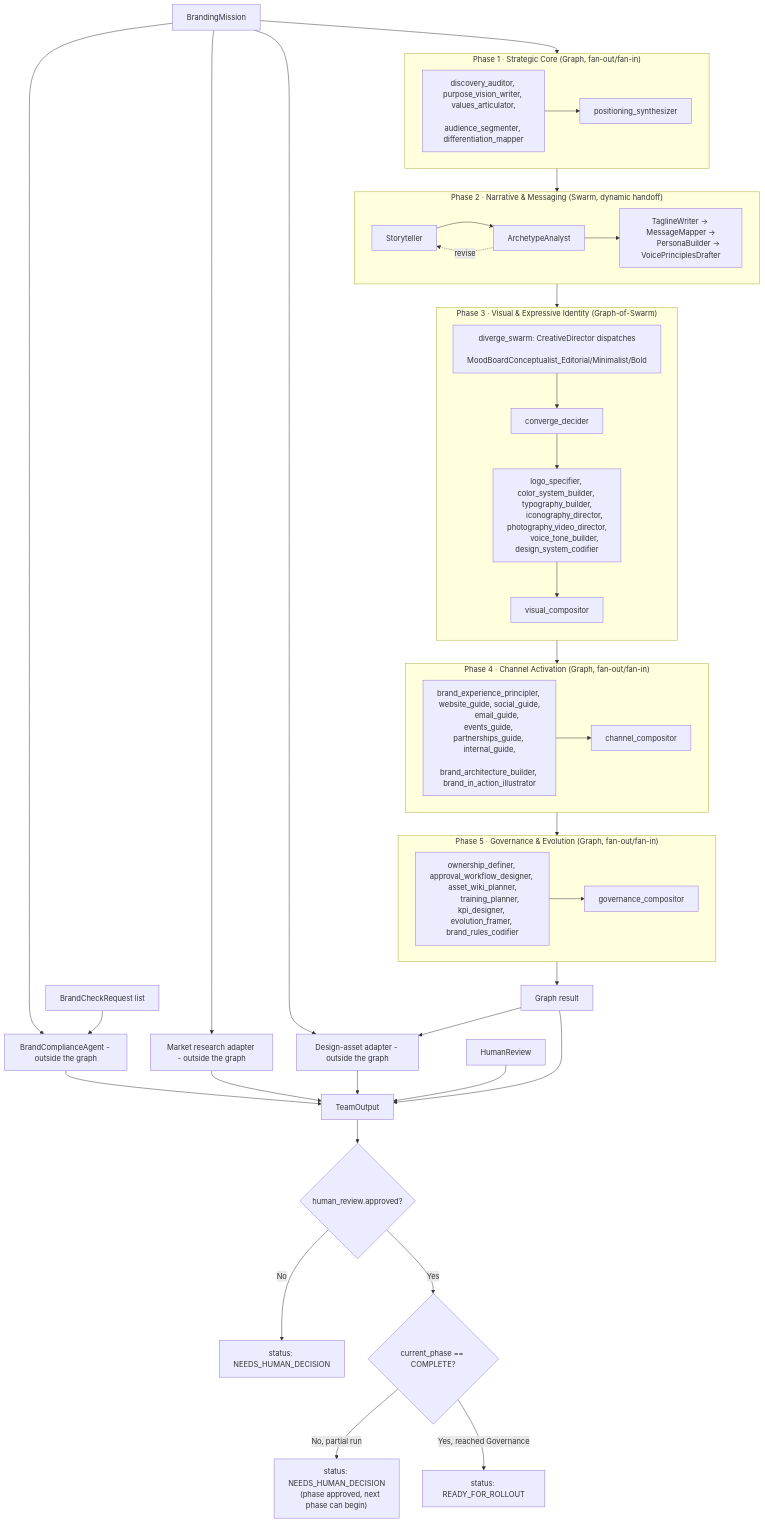
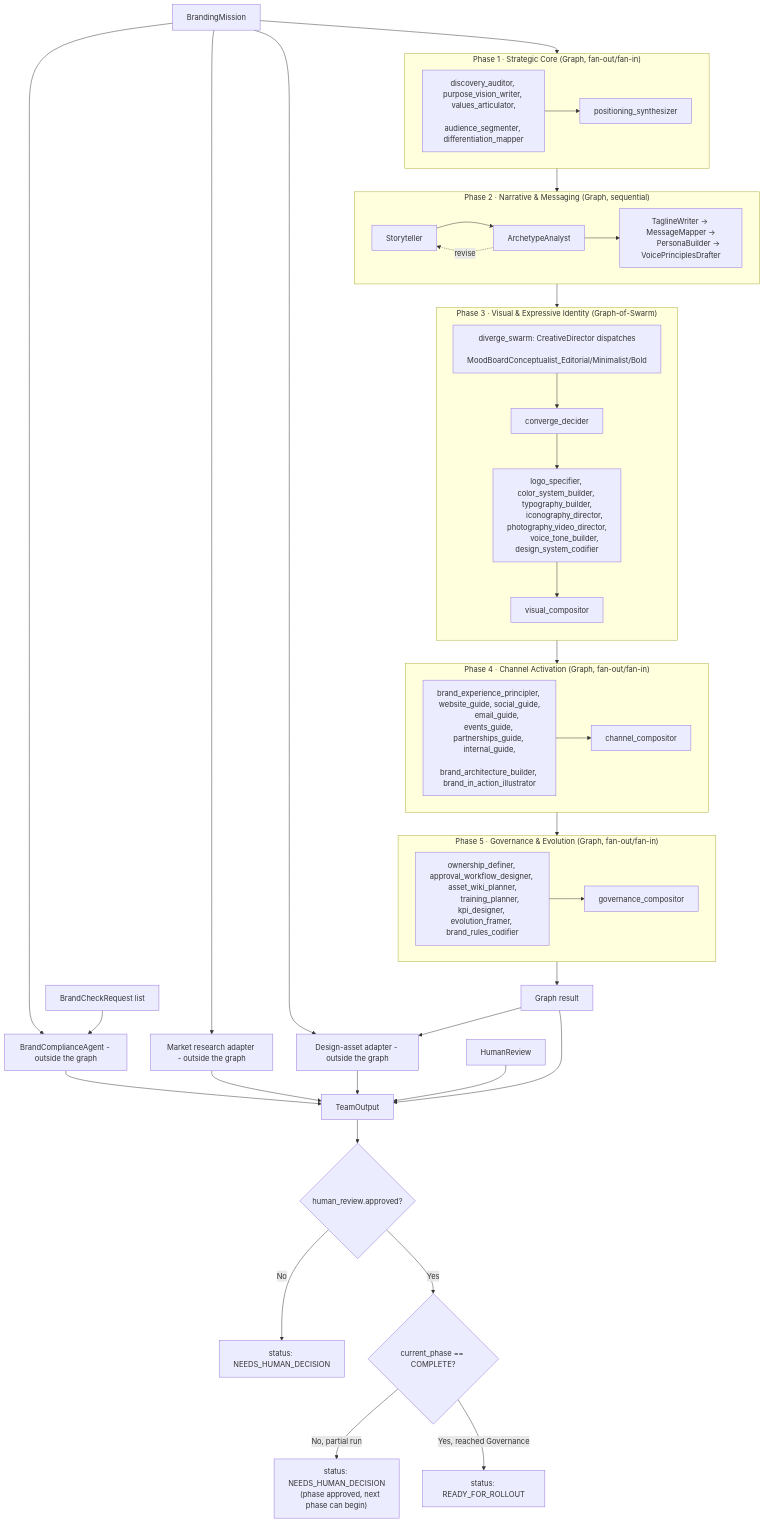
Before and after one commit to brandonkindred/Khala-Agentic-AI-Teams: the first of 3 diagrams in backend/agents/branding_team/README.md, drawn with Mermaid. The commit also changed other lines of this file and 6 other files, not shown here.

First line of the commit message:
Fix Phase 2 structured_output by sequencing via Graph edges.

````diff
--- a/backend/agents/branding_team/README.md
+++ b/backend/agents/branding_team/README.md
@@ -41,70 +41,70 @@
 ```mermaid
 flowchart TB
     Mission[BrandingMission] --> P1
 
     subgraph P1 ["Phase 1 · Strategic Core (Graph, fan-out/fan-in)"]
         direction LR
         P1nodes["discovery_auditor, purpose_vision_writer, values_articulator,
         audience_segmenter, differentiation_mapper"] --> P1join[positioning_synthesizer]
     end
 
     P1 --> P2
 
-    subgraph P2 ["Phase 2 · Narrative & Messaging (Swarm, dynamic handoff)"]
+    subgraph P2 ["Phase 2 · Narrative & Messaging (Graph, sequential)"]
         direction LR
         P2a[Storyteller] --> P2b[ArchetypeAnalyst]
         P2b -. revise .-> P2a
         P2b --> P2rest["TaglineWriter → MessageMapper →
         PersonaBuilder → VoicePrinciplesDrafter"]
     end
 
     P2 --> P3
 
     subgraph P3 ["Phase 3 · Visual & Expressive Identity (Graph-of-Swarm)"]
         direction TB
         P3swarm["diverge_swarm: CreativeDirector dispatches
         MoodBoardConceptualist_Editorial/Minimalist/Bold"] --> P3conv[converge_decider]
         P3conv --> P3fan["logo_specifier, color_system_builder, typography_builder,
         iconography_director, photography_video_director,
         voice_tone_builder, design_system_codifier"]
         P3fan --> P3comp[visual_compositor]
     end
 
     P3 --> P4
 
     subgraph P4 ["Phase 4 · Channel Activation (Graph, fan-out/fan-in)"]
         direction LR
         P4nodes["brand_experience_principler, website_guide, social_guide,
         email_guide, events_guide, partnerships_guide, internal_guide,
         brand_architecture_builder, brand_in_action_illustrator"] --> P4join[channel_compositor]
     end
 
     P4 --> P5
 
     subgraph P5 ["Phase 5 · Governance & Evolution (Graph, fan-out/fan-in)"]
         direction LR
         P5nodes["ownership_definer, approval_workflow_designer, asset_wiki_planner,
         training_planner, kpi_designer, evolution_framer, brand_rules_codifier"] --> P5join[governance_compositor]
     end
 
     P5 --> GraphResult[Graph result]
 
     Mission --> Compliance[BrandComplianceAgent - outside the graph]
     BrandChecks[BrandCheckRequest list] --> Compliance
     Mission --> MarketResearch[Market research adapter - outside the graph]
     Mission --> DesignAssets[Design-asset adapter - outside the graph]
     GraphResult --> DesignAssets
 
     GraphResult --> TeamOutput[TeamOutput]
     Compliance --> TeamOutput
     MarketResearch --> TeamOutput
     DesignAssets --> TeamOutput
     HumanReview[HumanReview] --> TeamOutput
 
     TeamOutput --> Approved{human_review.approved?}
     Approved -->|No| NeedsHuman[status: NEEDS_HUMAN_DECISION]
     Approved -->|Yes| Complete{current_phase == COMPLETE?}
     Complete -->|No, partial run| PhaseApproved["status: NEEDS_HUMAN_DECISION
     (phase approved, next phase can begin)"]
     Complete -->|Yes, reached Governance| Ready[status: READY_FOR_ROLLOUT]
 ```
````
